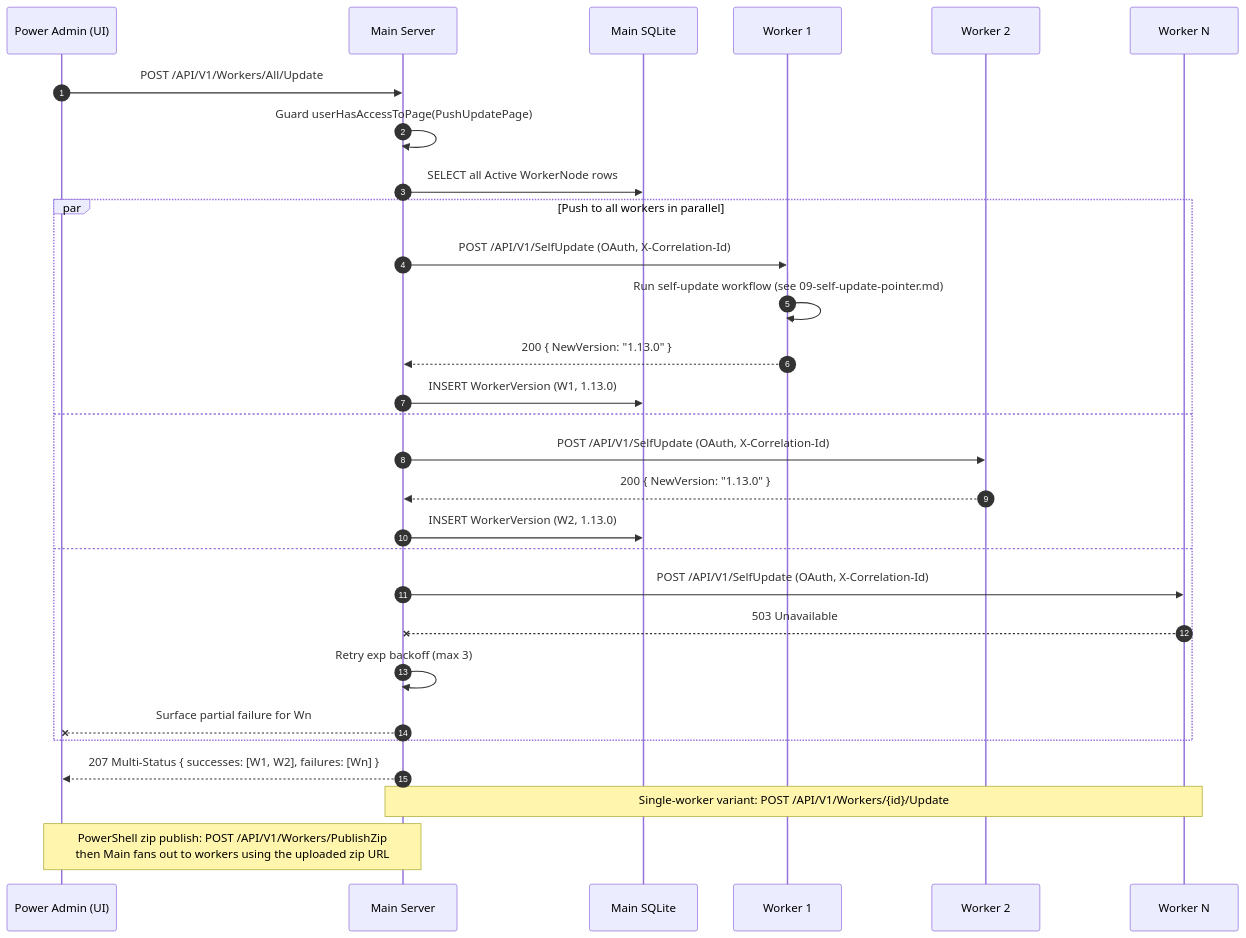
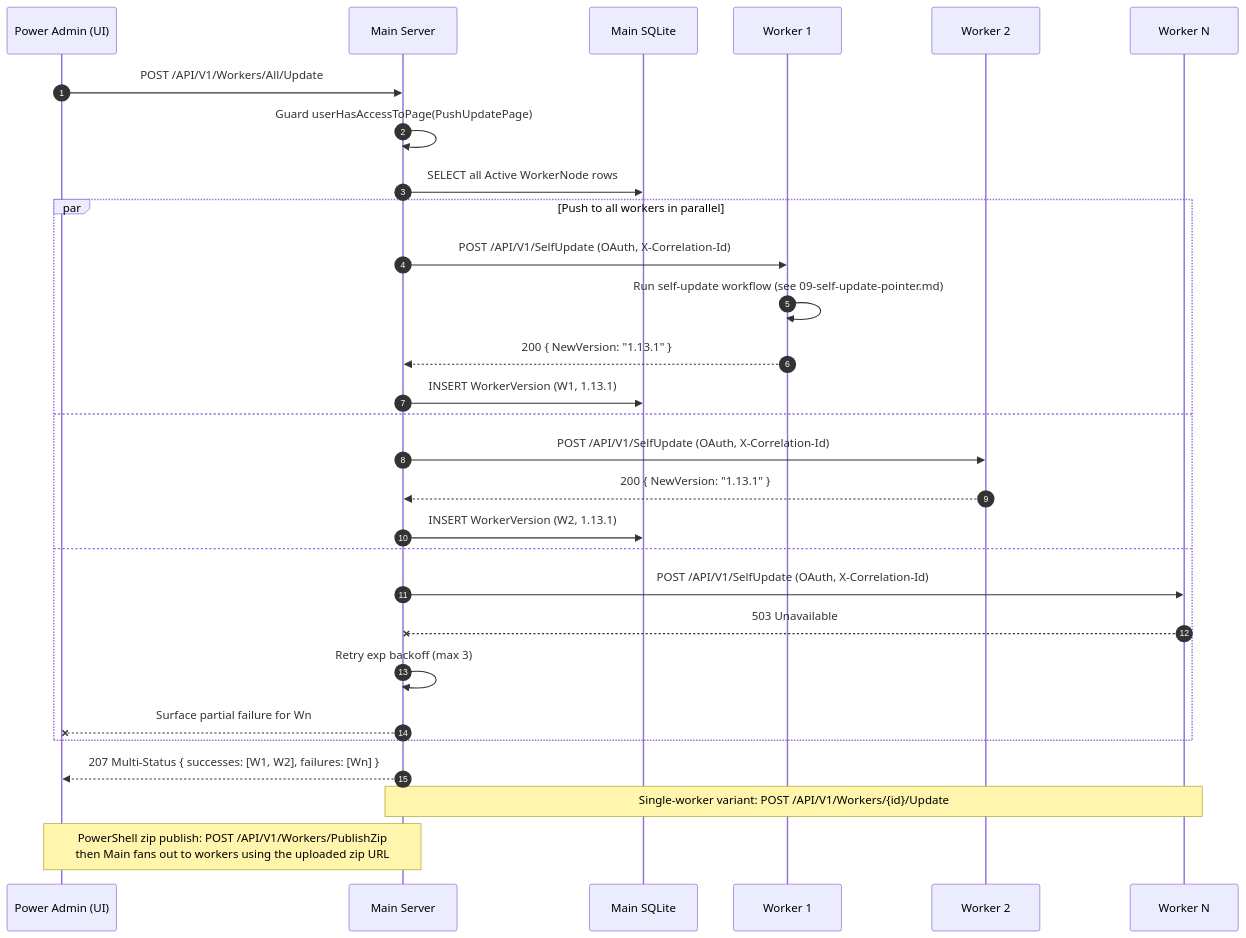
Before and after one commit to alimtvnetwork/prompt-architect-v2: the diagram in spec/19-main-worker-service/diagrams/seq-push-update.mmd, drawn with Mermaid. The commit also changed 19 other files, not shown here.

```diff
--- a/spec/19-main-worker-service/diagrams/seq-push-update.mmd
+++ b/spec/19-main-worker-service/diagrams/seq-push-update.mmd
@@ -1,43 +1,43 @@
 %% ==========================================================
 %% NON-AUTHORITATIVE PROJECTION
 %% ==========================================================
 %% Subject:        Power-Admin push-update fan-out
 %% Authoritative:  spec/14-update/28-worker-push-instruction.md + spec/19/15-tunable-constants.md
 %% Status:         Illustrative only. If this diagram disagrees
 %%                 with the authoritative spec(s) above, the
 %%                 spec wins and this file is the bug.
 %% Banner version: 1.0.0 (2026-05-04, audit fix #9)
 %% ==========================================================
 sequenceDiagram
     autonumber
     participant Admin as Power Admin (UI)
     participant Main as Main Server
     participant DB as Main SQLite
     participant W1 as Worker 1
     participant W2 as Worker 2
     participant Wn as Worker N
 
     Admin->>Main: POST /API/V1/Workers/All/Update
     Main->>Main: Guard userHasAccessToPage(PushUpdatePage)
     Main->>DB: SELECT all Active WorkerNode rows
 
     par Push to all workers in parallel
         Main->>W1: POST /API/V1/SelfUpdate (OAuth, X-Correlation-Id)
         W1->>W1: Run self-update workflow (see 09-self-update-pointer.md)
-        W1-->>Main: 200 { NewVersion: "1.13.0" }
-        Main->>DB: INSERT WorkerVersion (W1, 1.13.0)
+        W1-->>Main: 200 { NewVersion: "1.13.1" }
+        Main->>DB: INSERT WorkerVersion (W1, 1.13.1)
     and
         Main->>W2: POST /API/V1/SelfUpdate (OAuth, X-Correlation-Id)
-        W2-->>Main: 200 { NewVersion: "1.13.0" }
-        Main->>DB: INSERT WorkerVersion (W2, 1.13.0)
+        W2-->>Main: 200 { NewVersion: "1.13.1" }
+        Main->>DB: INSERT WorkerVersion (W2, 1.13.1)
     and
         Main->>Wn: POST /API/V1/SelfUpdate (OAuth, X-Correlation-Id)
         Wn--xMain: 503 Unavailable
         Main->>Main: Retry exp backoff (max 3)
         Main--xAdmin: Surface partial failure for Wn
     end
 
     Main-->>Admin: 207 Multi-Status { successes: [W1, W2], failures: [Wn] }
 
     Note over Main,Wn: Single-worker variant: POST /API/V1/Workers/{id}/Update
     Note over Admin,Main: PowerShell zip publish: POST /API/V1/Workers/PublishZip<br/>then Main fans out to workers using the uploaded zip URL
```
